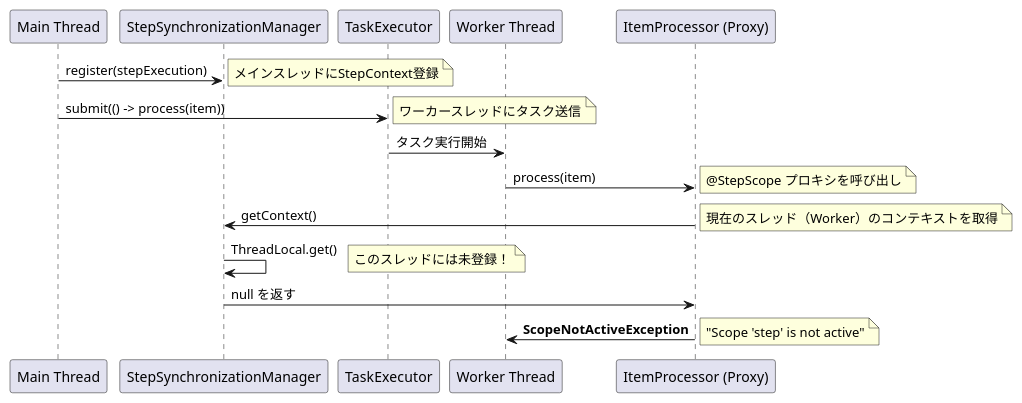
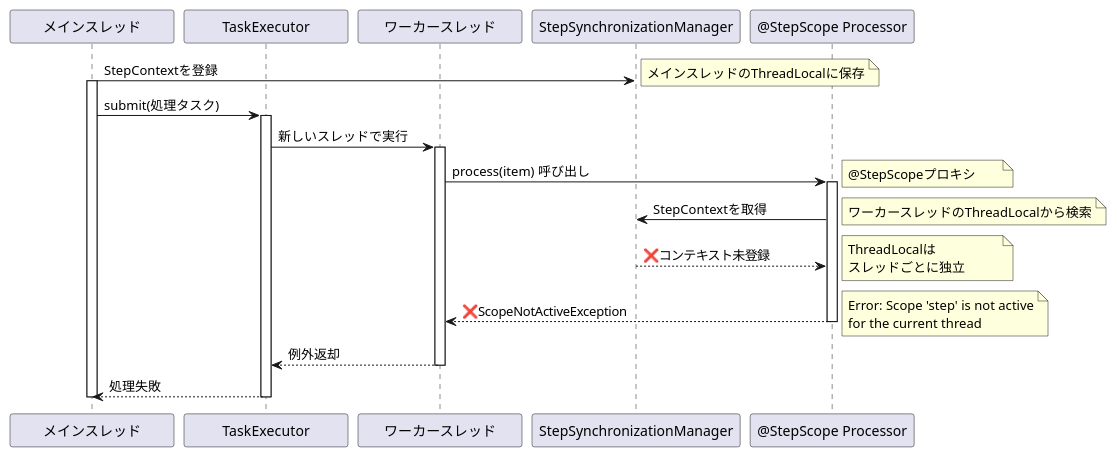
The first of 9 diagrams in output/spring-batch/6.0.2/open/current/markdown/issues_summary/issue_5183.md (mochimoching/github_issue_translate), drawn with PlantUML before and after one commit. The commit also changed other lines of this file and 27 other files, not shown here.

````diff
--- a/output/spring-batch/6.0.2/open/current/markdown/issues_summary/issue_5183.md
+++ b/output/spring-batch/6.0.2/open/current/markdown/issues_summary/issue_5183.md
@@ -70,30 +13,47 @@
 ```plantuml
 @startuml
-participant "Main Thread" as Main
+skinparam backgroundColor transparent
+skinparam minClassWidth 150
+
+participant "メインスレッド" as Main
+participant "TaskExecutor" as Executor
+participant "ワーカースレッド" as Worker
 participant "StepSynchronizationManager" as Manager
-participant "TaskExecutor" as Executor
-participant "Worker Thread" as Worker
-participant "ItemProcessor (Proxy)" as Processor
+participant "@StepScope Processor" as Processor
 
-Main -> Manager: register(stepExecution)
-note right: メインスレッドにStepContext登録
+Main -> Manager: StepContextを登録
+activate Main
+note right: メインスレッドのThreadLocalに保存
 
-Main -> Executor: submit(() -> process(item))
-note right: ワーカースレッドにタスク送信
+Main -> Executor: submit(処理タスク)
+activate Executor
 
-Executor -> Worker: タスク実行開始
-Worker -> Processor: process(item)
-note right: @StepScope プロキシを呼び出し
+Executor -> Worker: 新しいスレッドで実行
+activate Worker
 
-Processor -> Manager: getContext()
-note right: 現在のスレッド（Worker）のコンテキストを取得
+Worker -> Processor: process(item) 呼び出し
+activate Processor
+note right: @StepScopeプロキシ
 
-Manager -> Manager: ThreadLocal.get()
-note right: このスレッドには未登録！
+Processor -> Manager: StepContextを取得
+note right: ワーカースレッドのThreadLocalから検索
 
-Manager -> Processor: null を返す
-Processor -> Worker: **ScopeNotActiveException**
-note right: "Scope 'step' is not active"
+Manager --> Processor: ❌コンテキスト未登録
+note right: ThreadLocalは\nスレッドごとに独立
+
+Processor --> Worker: ❌ScopeNotActiveException
+deactivate Processor
+note right
+  Error: Scope 'step' is not active
+  for the current thread
+end note
+
+Worker --> Executor: 例外返却
+deactivate Worker
+
+Executor --> Main: 処理失敗
+deactivate Executor
+deactivate Main
 
 @enduml
 ```
````
